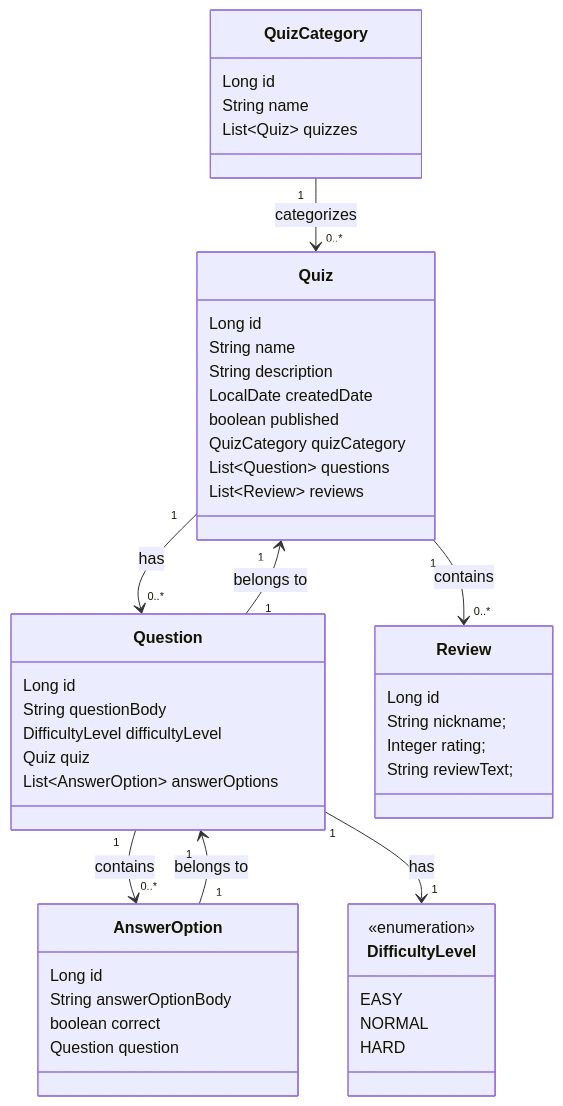
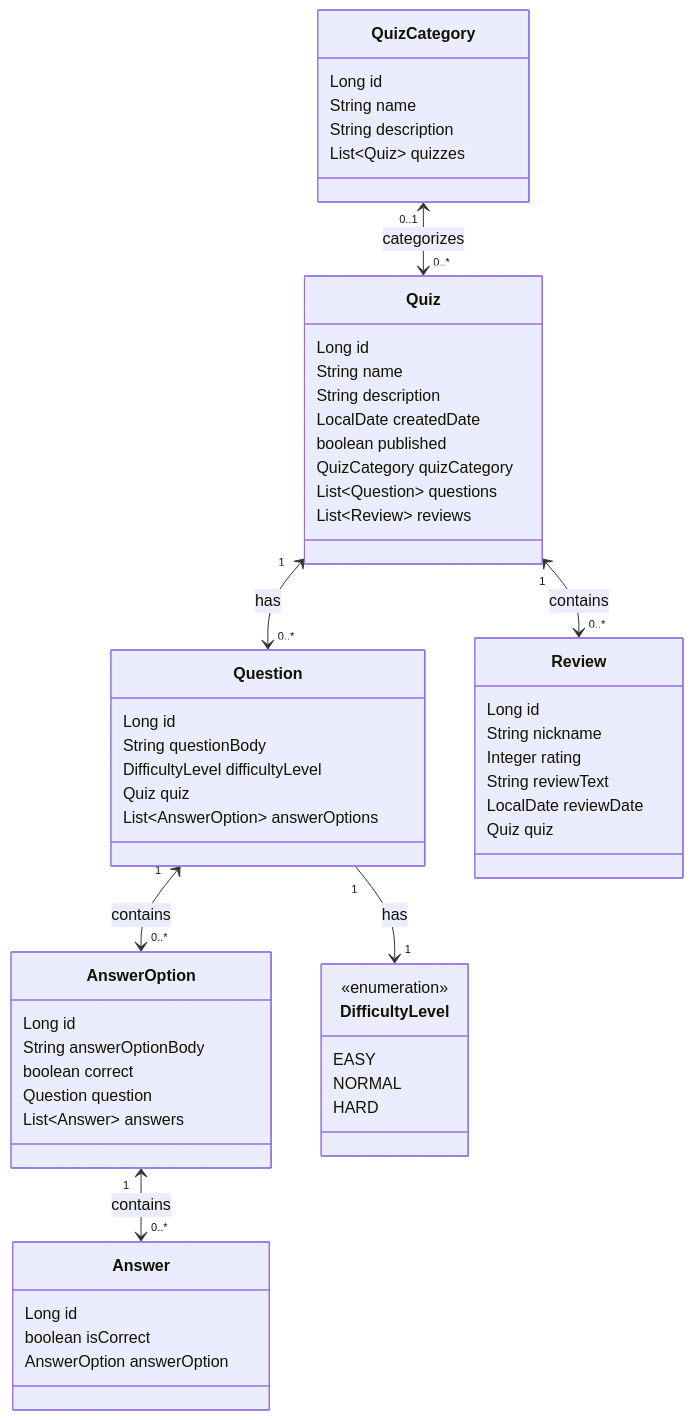
Before and after one commit to Team-417-Expectation-Failed/QuizzerApp: the diagram in README.md, drawn with Mermaid.

Commit message:
Update Data Model diagram in README.md

````diff
--- a/README.md
+++ b/README.md
@@ -54,56 +54,65 @@
 ```mermaid
 classDiagram
     class Quiz {
         Long id
         String name
         String description
         LocalDate createdDate
         boolean published
         QuizCategory quizCategory
         List~Question~ questions
         List~Review~ reviews
     }
 
     class Question {
         Long id
         String questionBody
         DifficultyLevel difficultyLevel
         Quiz quiz
         List~AnswerOption~ answerOptions
     }
 
     class AnswerOption {
         Long id
         String answerOptionBody
         boolean correct
         Question question
+        List~Answer~ answers
     }
 
     class QuizCategory {
         Long id
         String name
+        String description
         List~Quiz~ quizzes
     }
 
     class DifficultyLevel {
         <<enumeration>>
         EASY
         NORMAL
         HARD
     }
 
     class Review {
-        Long id 
-        String nickname;
-        Integer rating;
-        String reviewText;
+        Long id
+        String nickname
+        Integer rating
+        String reviewText
+        LocalDate reviewDate
+        Quiz quiz
     }
 
-    Quiz "1" --> "0..*" Question : has
-    Quiz "1" --> "0..*" Review : contains
-    Question "1" --> "0..*" AnswerOption : contains
-    QuizCategory "1" --> "0..*" Quiz : categorizes
-    Question "1" --> "1" Quiz : belongs to
-    AnswerOption "1" --> "1" Question : belongs to
+    class Answer {
+        Long id
+        boolean isCorrect
+        AnswerOption answerOption
+    }
+
+    Quiz "1" <--> "0..*" Question : has
+    Quiz "1" <--> "0..*" Review : contains
+    Question "1" <--> "0..*" AnswerOption : contains
+    QuizCategory "0..1" <--> "0..*" Quiz : categorizes
     Question "1" --> "1" DifficultyLevel : has
+    AnswerOption "1" <--> "0..*" Answer : contains
 ```
````
